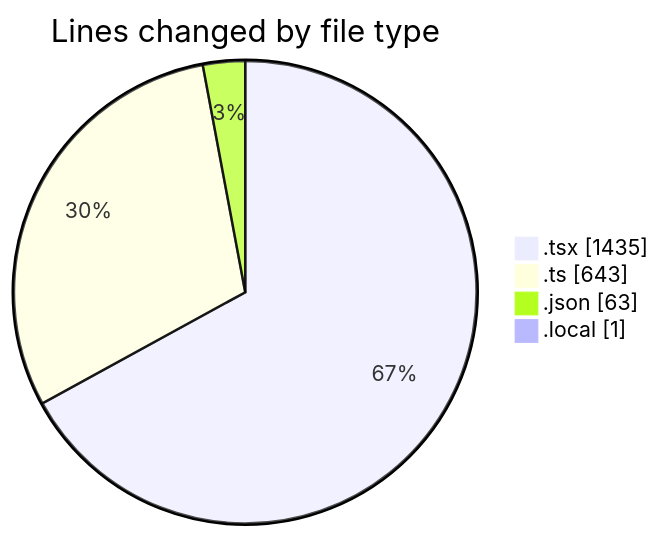
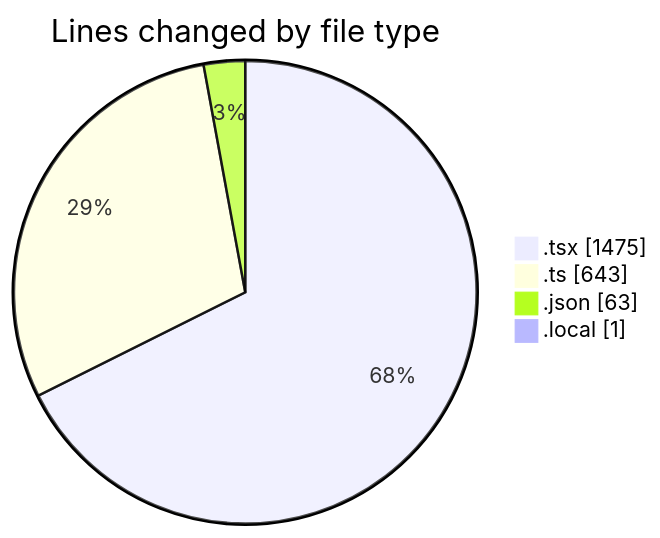
Before and after one commit to julien-gomy/code-tracking: the first of 2 diagrams in 2025-10-21/eventscop-frontend-guide__workspace_/README.md, drawn with Mermaid. The commit also changed other lines of this file and 1 other file, not shown here.

````diff
--- a/2025-10-21/eventscop-frontend-guide__workspace_/README.md
+++ b/2025-10-21/eventscop-frontend-guide__workspace_/README.md
@@ -43,8 +44,8 @@
 ```mermaid
 pie showData
 title Lines changed by file type
-".tsx" : 1435
+".tsx" : 1475
 ".ts" : 643
 ".json" : 63
 ".local" : 1
 ```
````
